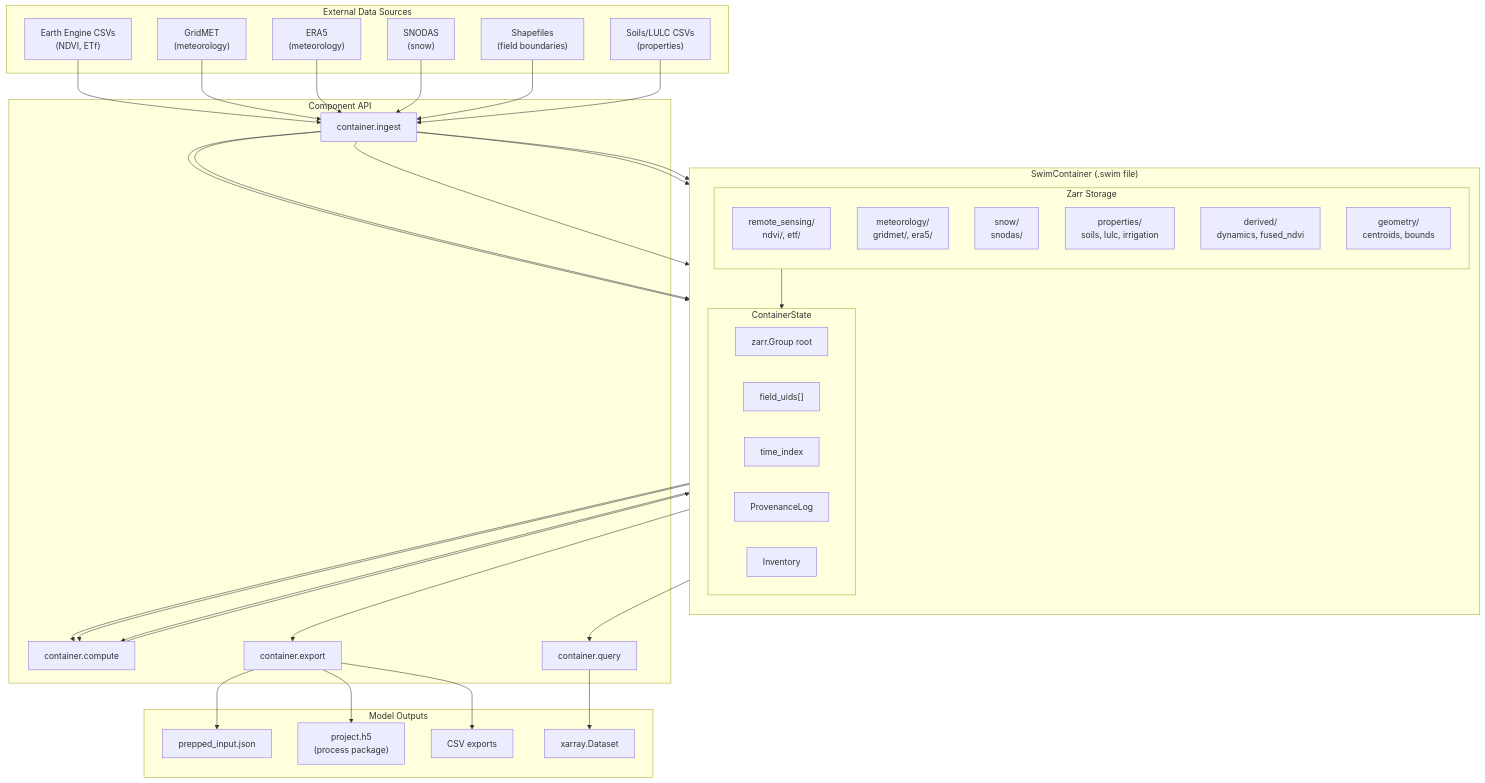
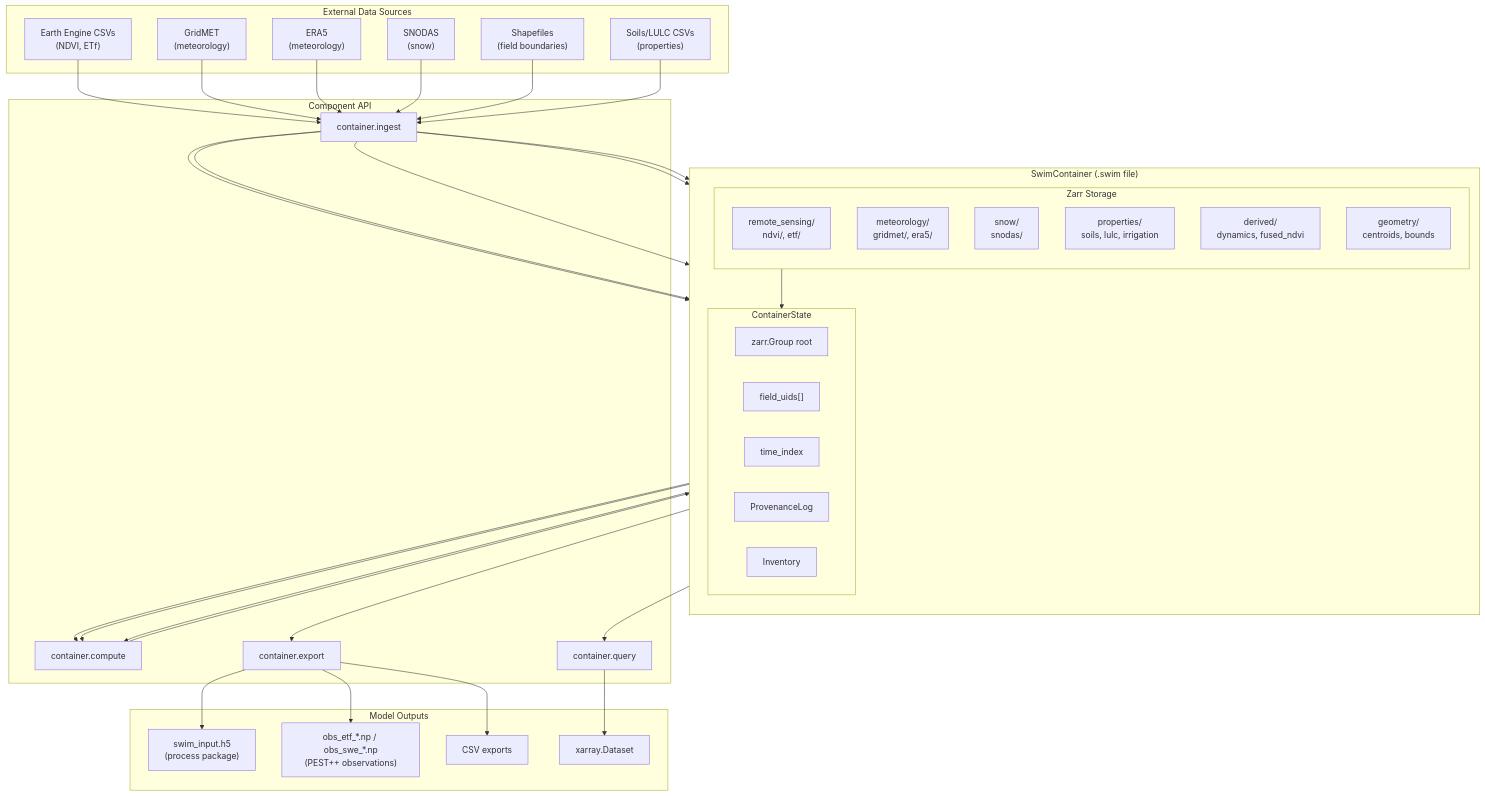
One commit to tblythe42/swim-rs changed the first of 5 diagrams in docs/container_architecture.md. Above: the diagram before and after it, drawn with Mermaid. The commit also changed other lines of this file and 3 other files, not shown here.

Commit message:
docs: remove prepped_input.json, update exporter to observations/HDF5

````diff
--- a/docs/container_architecture.md
+++ b/docs/container_architecture.md
@@ -92,72 +93,72 @@
 ```mermaid
 flowchart TB
     subgraph External["External Data Sources"]
         EE["Earth Engine CSVs<br/>(NDVI, ETf)"]
         GridMET["GridMET<br/>(meteorology)"]
         ERA5["ERA5<br/>(meteorology)"]
         SNODAS["SNODAS<br/>(snow)"]
         Shapefiles["Shapefiles<br/>(field boundaries)"]
         Soils["Soils/LULC CSVs<br/>(properties)"]
     end
 
     subgraph Container["SwimContainer (.swim file)"]
         direction TB
         subgraph Storage["Zarr Storage"]
             RS["remote_sensing/<br/>ndvi/, etf/"]
             Met["meteorology/<br/>gridmet/, era5/"]
             Snow["snow/<br/>snodas/"]
             Props["properties/<br/>soils, lulc, irrigation"]
             Derived["derived/<br/>dynamics, fused_ndvi"]
             Geom["geometry/<br/>centroids, bounds"]
         end
 
         subgraph State["ContainerState"]
             Root["zarr.Group root"]
             UIDs["field_uids[]"]
             TimeIdx["time_index"]
             Prov["ProvenanceLog"]
             Inv["Inventory"]
         end
     end
 
     subgraph Components["Component API"]
         Ingest["container.ingest"]
         Compute["container.compute"]
         Export["container.export"]
         Query["container.query"]
     end
 
     subgraph Outputs["Model Outputs"]
-        JSON["prepped_input.json"]
-        HDF5["project.h5<br/>(process package)"]
+        HDF5["swim_input.h5<br/>(process package)"]
+        OBS["obs_etf_*.np / obs_swe_*.np<br/>(PEST++ observations)"]
         CSV["CSV exports"]
         XR["xarray.Dataset"]
     end
 
     EE --> Ingest
     GridMET --> Ingest
     ERA5 --> Ingest
     SNODAS --> Ingest
     Shapefiles --> Ingest
     Soils --> Ingest
 
     Ingest --> RS
     Ingest --> Met
     Ingest --> Snow
     Ingest --> Props
     Ingest --> Geom
 
     RS --> Compute
     Met --> Compute
     Props --> Compute
     Compute --> Derived
 
     Storage --> State
     State --> Query
     State --> Export
 
-    Export --> JSON
     Export --> HDF5
+    Export --> OBS
     Export --> CSV
     Query --> XR
 ```
````
